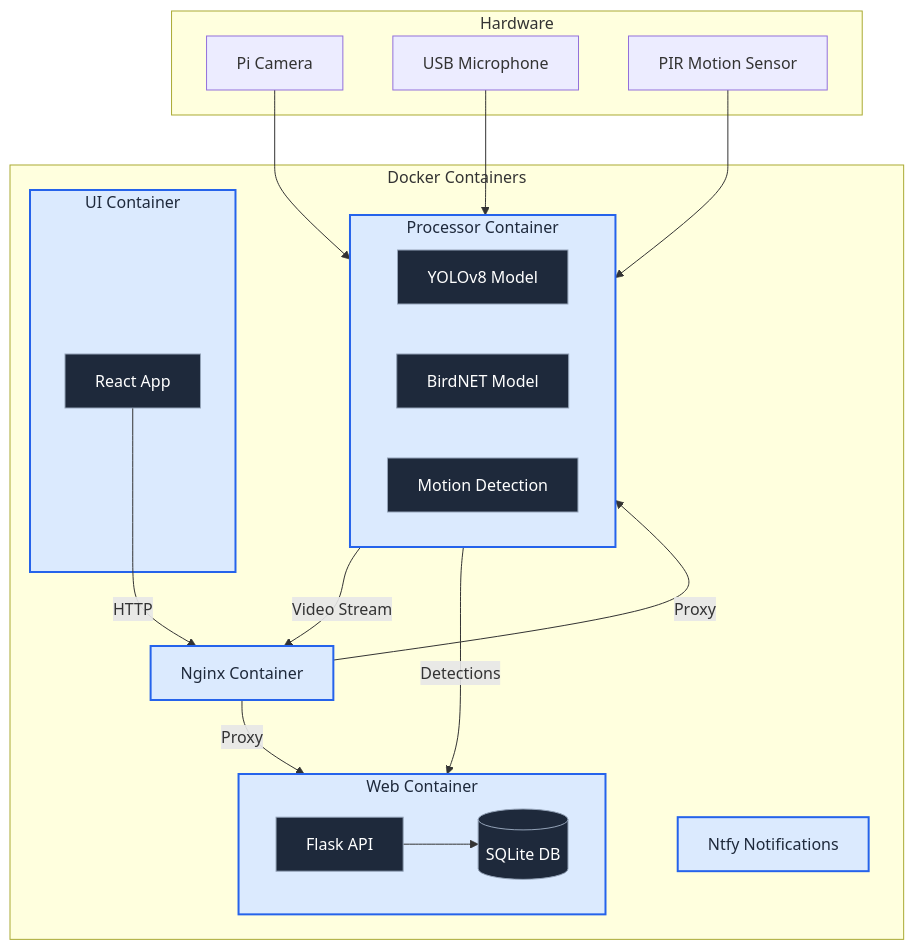
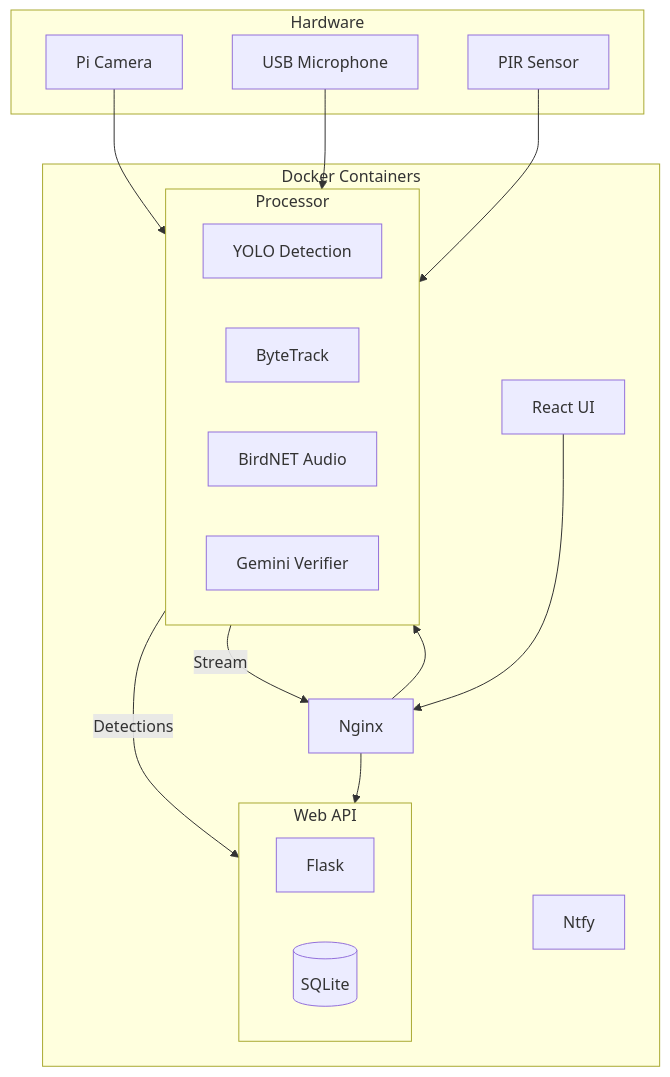
Before and after one commit to AleksandrRogachev94/BirdLense: the diagram in app/README.md, drawn with Mermaid. The commit also changed other lines of this file and 2 other files, not shown here.

````diff
--- a/app/README.md
+++ b/app/README.md
@@ -91,47 +84,35 @@
 ```mermaid
 flowchart TB
     subgraph Hardware
         CAM[Pi Camera]
         MIC[USB Microphone]
-        PIR[PIR Motion Sensor]
+        PIR[PIR Sensor]
     end
 
-    subgraph Docker Containers
-        subgraph processor[Processor Container]
-            YOLO[YOLOv8 Model]
-            BIRDNET[BirdNET Model]
-            MOTION[Motion Detection]
+    subgraph Docker["Docker Containers"]
+        subgraph processor[Processor]
+            YOLO[YOLO Detection]
+            TRACK[ByteTrack]
+            BIRDNET[BirdNET Audio]
+            LLM[Gemini Verifier]
         end
 
-        subgraph web[Web Container]
-            API[Flask API]
-            DB[(SQLite DB)]
+        subgraph web[Web API]
+            API[Flask]
+            DB[(SQLite)]
         end
 
-        subgraph ui[UI Container]
-            REACT[React App]
-        end
-
-        NGINX[Nginx Container]
-        NTFY[Ntfy Notifications]
+        UI[React UI]
+        NGINX[Nginx]
+        NTFY[Ntfy]
     end
 
     CAM --> processor
     MIC --> processor
     PIR --> processor
-
-    processor -- Video Stream --> NGINX
     processor -- Detections --> web
-
-    API --> DB
-    REACT -- HTTP --> NGINX
-    NGINX -- Proxy --> web
-    NGINX -- Proxy --> processor
-
-    classDef container fill:#dbeafe,stroke:#2563eb,stroke-width:2px,color:#1e293b
-    classDef hardware fill:#dcfce7,stroke:#16a34a,stroke-width:2px
-    classDef subComponent fill:#1e293b,stroke:#94a3b8,color:#ffffff
-    class processor,web,ui,NGINX,NTFY container
-    class CAM,MIC,PIR hardware,subComponent
-    class YOLO,BIRDNET,MOTION,API,DB,REACT subComponent
+    processor -- Stream --> NGINX
+    UI --> NGINX
+    NGINX --> web
+    NGINX --> processor
 ```
````
